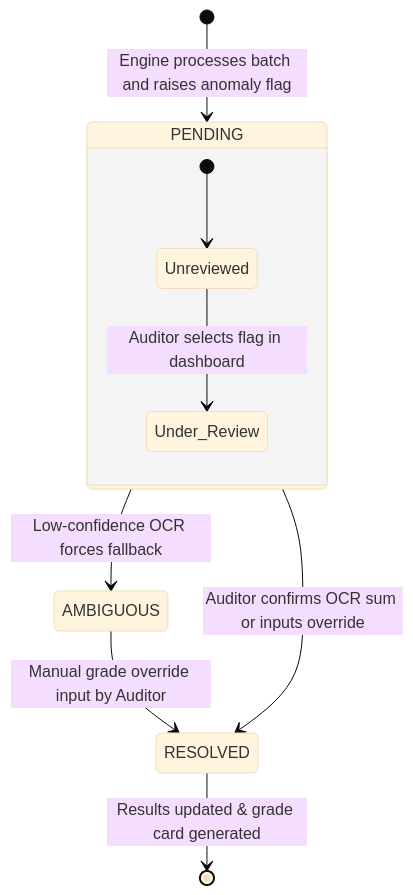
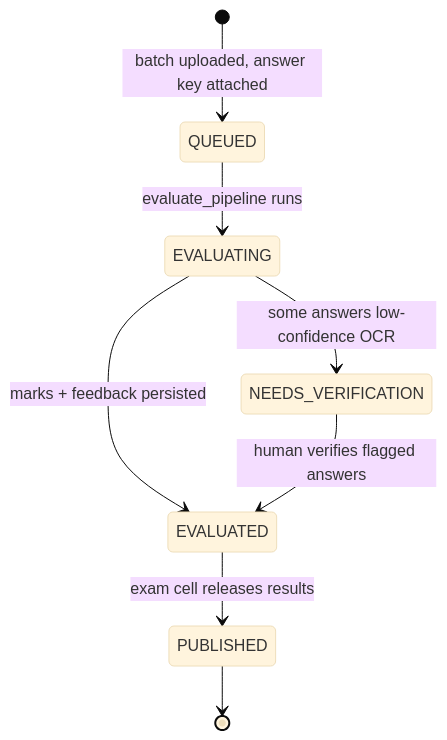
One commit to aishwaryaV007/E-Shield changed the diagram in docs/DATA_FLOW.md. Above: the diagram before and after it, drawn with Mermaid (base theme). The commit also changed other lines of this file and 134 other files, not shown here.

````diff
--- a/docs/DATA_FLOW.md
+++ b/docs/DATA_FLOW.md
@@ -87,16 +70,10 @@
 ```mermaid
 stateDiagram-v2
-    [*] --> PENDING : Engine processes batch and raises anomaly flag
-    
-    state PENDING {
-        [*] --> Unreviewed
-        Unreviewed --> Under_Review : Auditor selects flag in dashboard
-    }
-    
-    PENDING --> RESOLVED : Auditor confirms OCR sum or inputs override
-    PENDING --> AMBIGUOUS : Low-confidence OCR forces fallback
-    
-    AMBIGUOUS --> RESOLVED : Manual grade override input by Auditor
-    
-    RESOLVED --> [*] : Results updated & grade card generated
+    [*] --> QUEUED : batch uploaded, answer key attached
+    QUEUED --> EVALUATING : evaluate_pipeline runs
+    EVALUATING --> EVALUATED : marks + feedback persisted
+    EVALUATING --> NEEDS_VERIFICATION : some answers low-confidence OCR
+    NEEDS_VERIFICATION --> EVALUATED : human verifies flagged answers
+    EVALUATED --> PUBLISHED : exam cell releases results
+    PUBLISHED --> [*]
 ```
````
